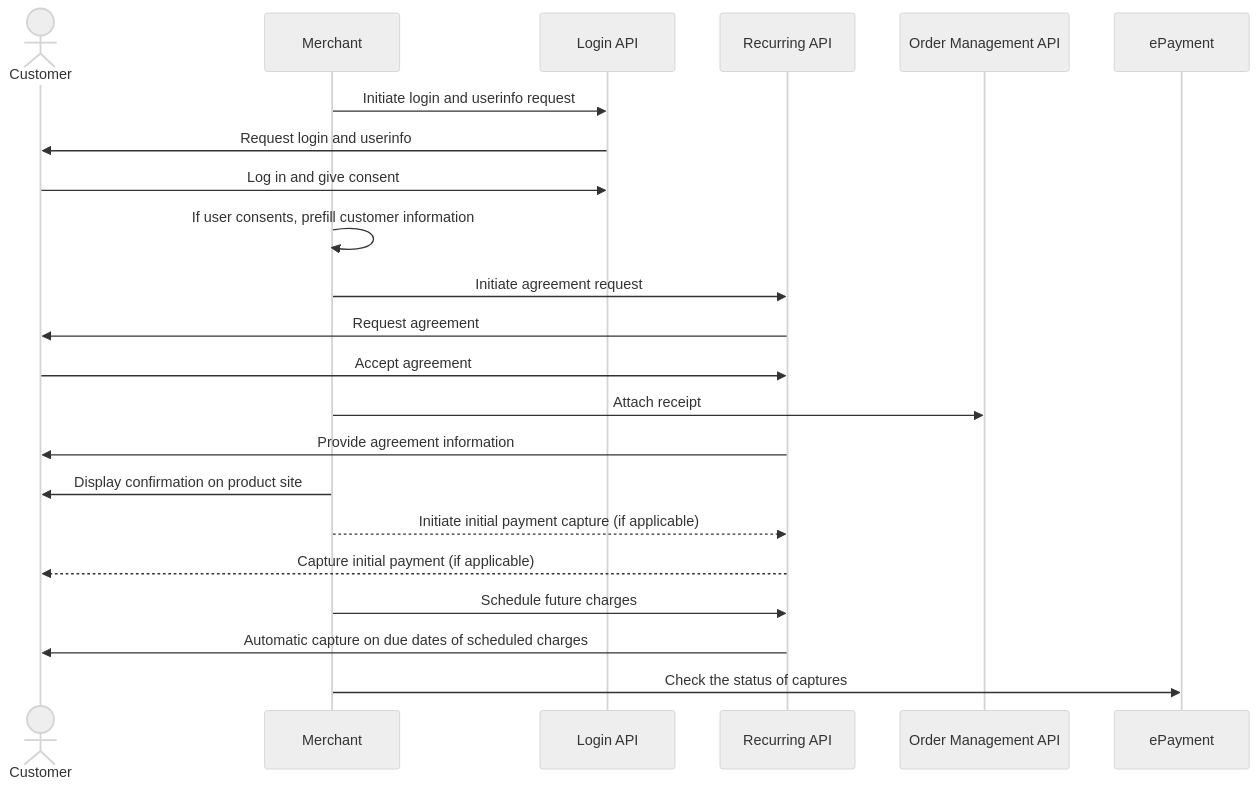
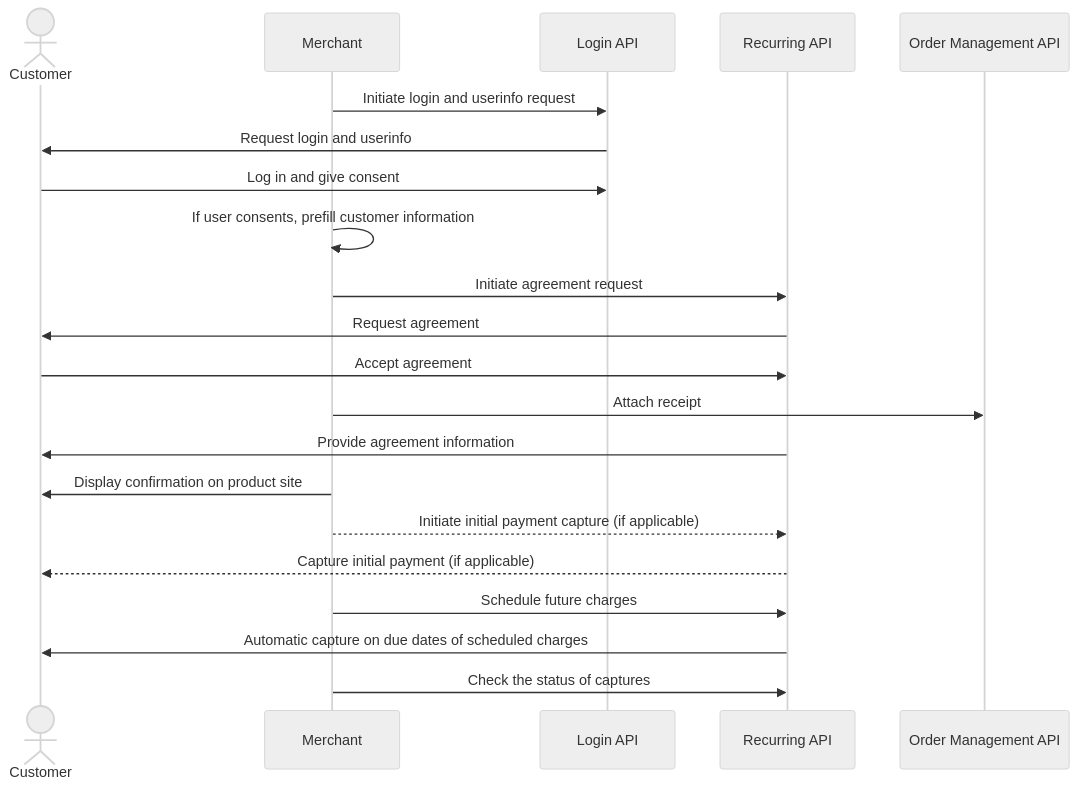
The diagram in recurring-and-login/README.md (vippsas/vipps-solutions), drawn with Mermaid (neutral theme) before and after one commit. The commit also changed other lines of this file and 1 other file, not shown here.

Commit message:
Align parking

````diff
--- a/recurring-and-login/README.md
+++ b/recurring-and-login/README.md
@@ -110,24 +110,24 @@
 ``` mermaid
 sequenceDiagram
     actor C as Customer
     participant M as Merchant
     participant Login as Login API
     participant Recurring as Recurring API
     participant ordermanagement as Order Management API
 
     M->>Login: Initiate login and userinfo request
     Login->>C: Request login and userinfo
     C->>Login: Log in and give consent
     M->>M: If user consents, prefill customer information
     M->>Recurring: Initiate agreement request
     Recurring->>C: Request agreement
     C->>Recurring: Accept agreement
     M->> ordermanagement: Attach receipt
     Recurring->>C: Provide agreement information
     M->>C: Display confirmation on product site
     M-->>Recurring: Initiate initial payment capture (if applicable)
     Recurring-->>C: Capture initial payment (if applicable)
     M->>Recurring: Schedule future charges
     Recurring->>C: Automatic capture on due dates of scheduled charges
-    M->>ePayment: Check the status of captures
+    M->>Recurring: Check the status of captures
 ```
````
